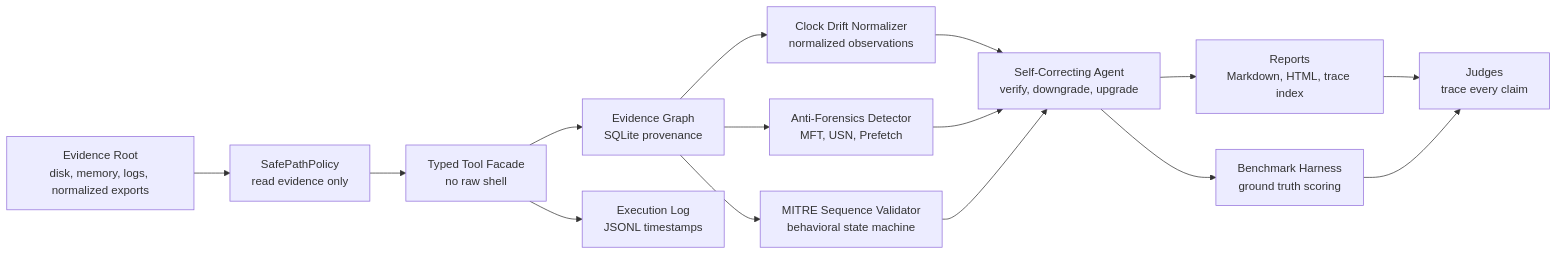
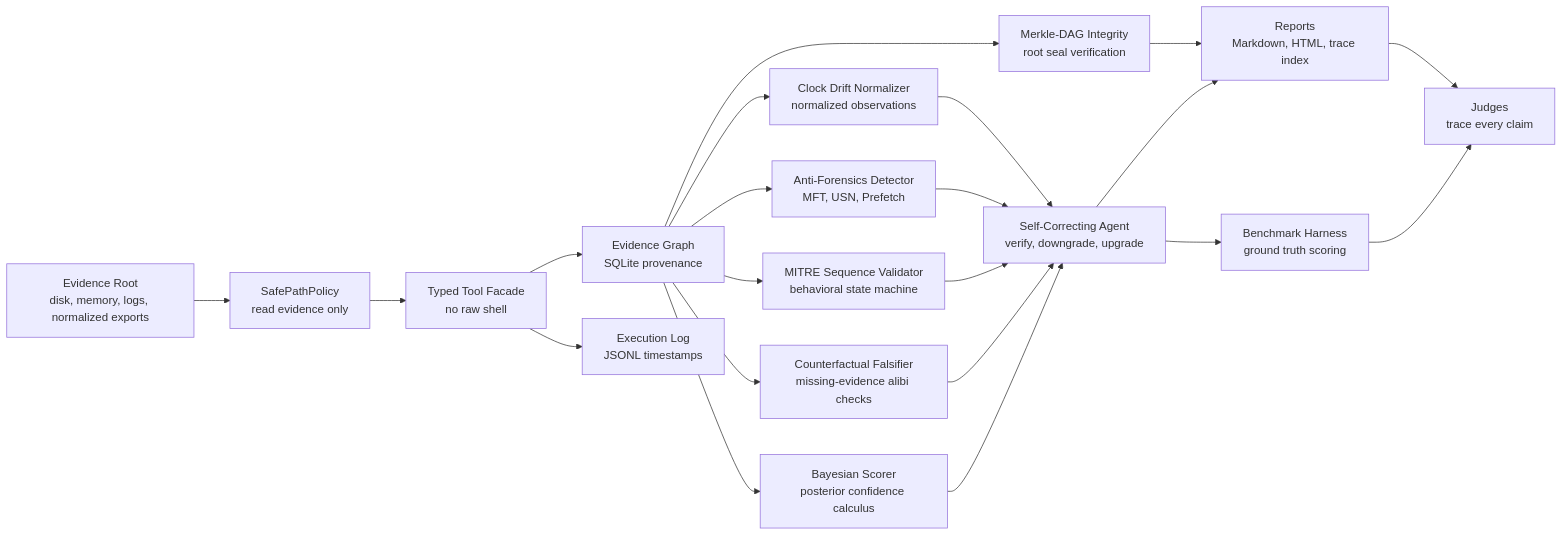
The diagram in docs/architecture.md (sleader3221-dot/ProofSIFT), drawn with Mermaid before and after one commit. The commit also changed other lines of this file and 22 other files, not shown here.

Commit message:
Add cryptographic and Bayesian verification layers

````diff
--- a/docs/architecture.md
+++ b/docs/architecture.md
@@ -5,17 +5,23 @@
 ```mermaid
 flowchart LR
   Evidence["Evidence Root<br/>disk, memory, logs, normalized exports"] --> Policy["SafePathPolicy<br/>read evidence only"]
   Policy --> Tools["Typed Tool Facade<br/>no raw shell"]
   Tools --> Graph["Evidence Graph<br/>SQLite provenance"]
   Graph --> Drift["Clock Drift Normalizer<br/>normalized observations"]
   Graph --> Anti["Anti-Forensics Detector<br/>MFT, USN, Prefetch"]
   Graph --> Mitre["MITRE Sequence Validator<br/>behavioral state machine"]
+  Graph --> Counter["Counterfactual Falsifier<br/>missing-evidence alibi checks"]
+  Graph --> Bayes["Bayesian Scorer<br/>posterior confidence calculus"]
+  Graph --> Merkle["Merkle-DAG Integrity<br/>root seal verification"]
   Tools --> Audit["Execution Log<br/>JSONL timestamps"]
   Drift --> Agent["Self-Correcting Agent<br/>verify, downgrade, upgrade"]
   Anti --> Agent
   Mitre --> Agent
+  Counter --> Agent
+  Bayes --> Agent
+  Merkle --> Reports
   Agent --> Reports["Reports<br/>Markdown, HTML, trace index"]
   Agent --> Bench["Benchmark Harness<br/>ground truth scoring"]
   Reports --> Judges["Judges<br/>trace every claim"]
   Bench --> Judges
 ```
````
